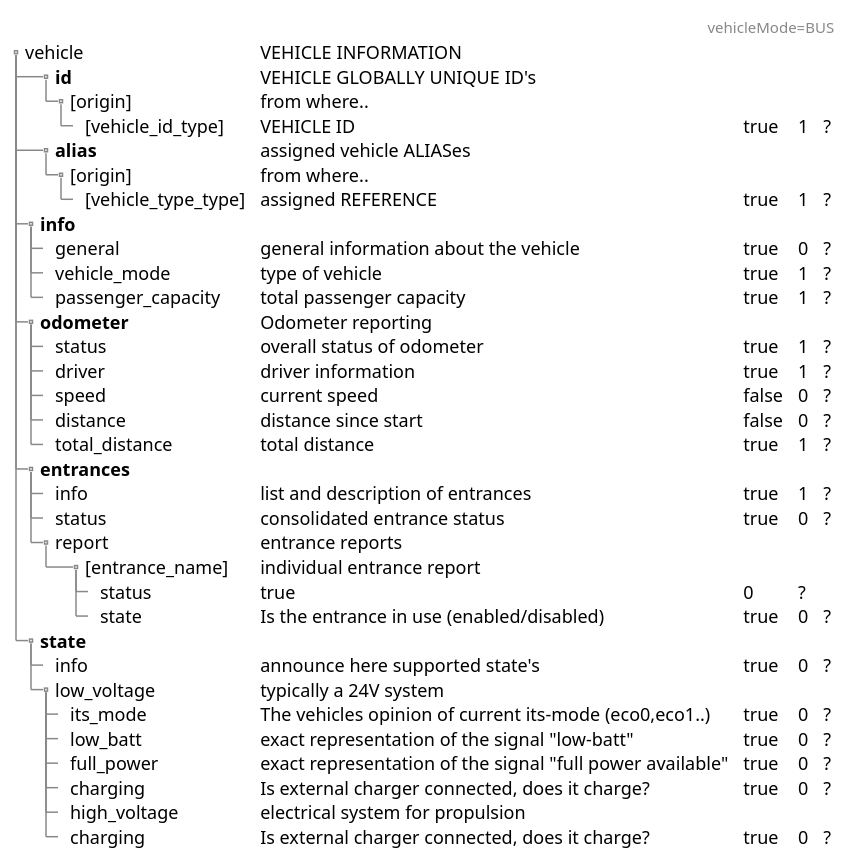
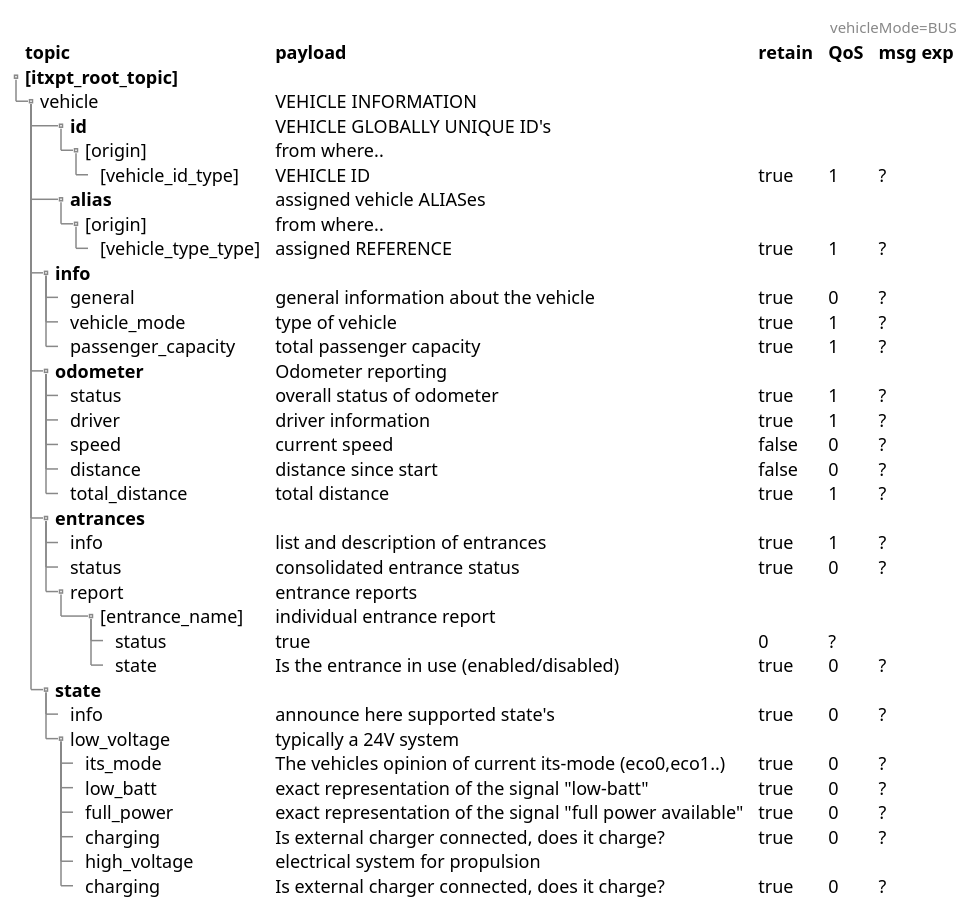
One commit to ITxPT/schematest changed the diagram in puml-linktest/vehicle.puml. Above: the diagram before and after it, drawn with PlantUML.

```diff
--- a/puml-linktest/vehicle.puml
+++ b/puml-linktest/vehicle.puml
@@ -1,52 +1,52 @@
 @startsalt (id=vehicle)
 
 ' Status: workdoc, version 0.3
 {
 {T
-'+**topic** | **payload** | **retain** | **QoS** | **msg exp**
-'+ **[itxpt_root_topic]**
++**topic** | **payload** | **retain** | **QoS** | **msg exp**
++ **[itxpt_root_topic]**
 
 header vehicleMode=BUS
 ++ vehicle | VEHICLE INFORMATION
 ++++ **id** | VEHICLE GLOBALLY UNIQUE ID's
 +++++ [origin] | from where..
 ++++++ [vehicle_id_type] | VEHICLE ID | true | 1 | ?
 ++++ **alias** | assigned vehicle ALIASes
 +++++ [origin] | from where..
 ++++++ [vehicle_type_type] | assigned REFERENCE | true | 1 | ?
 
 +++ **info**
 ++++ general | general information about the vehicle | true | 0 |?
 ++++ vehicle_mode | type of vehicle | true | 1 | ?
 ++++ passenger_capacity | total passenger capacity | true | 1 | ?
 
 +++ **odometer** | Odometer reporting
 ++++ status | overall status of odometer | true | 1 | ?
 ++++ driver | driver information | true | 1 | ?
 ++++ speed | current speed | false | 0 | ?
 ++++ distance | distance since start | false | 0 | ?
 ++++ total_distance | total distance | true | 1 | ?
 
 +++ **entrances**
 ++++ info | list and description of entrances | true | 1 | ?
 ++++ status | consolidated entrance status | true | 0 | ?
 ++++ report | entrance reports
 ++++++ [entrance_name] | individual entrance report
 +++++++ status | true | 0 | ?
 +++++++ state | Is the entrance in use (enabled/disabled) | true | 0 | ?
 
 +++ **state**
 ++++ info | announce here supported state's | true | 0 | ?
 ++++ low_voltage | typically a 24V system
 +++++ its_mode | The vehicles opinion of current its-mode (eco0,eco1..) | true | 0 | ?
 +++++ low_batt | exact representation of the signal "low-batt"  | true | 0 | ?
 +++++ full_power | exact representation of the signal "full power available"  | true | 0 | ?
 +++++ charging | Is external charger connected, does it charge?  | true | 0 | ?
 +++++ high_voltage | electrical system for propulsion
 +++++ charging | Is external charger connected, does it charge?  | true | 0 | ?
 
 
 
 }
 }
 @endsalt
```
